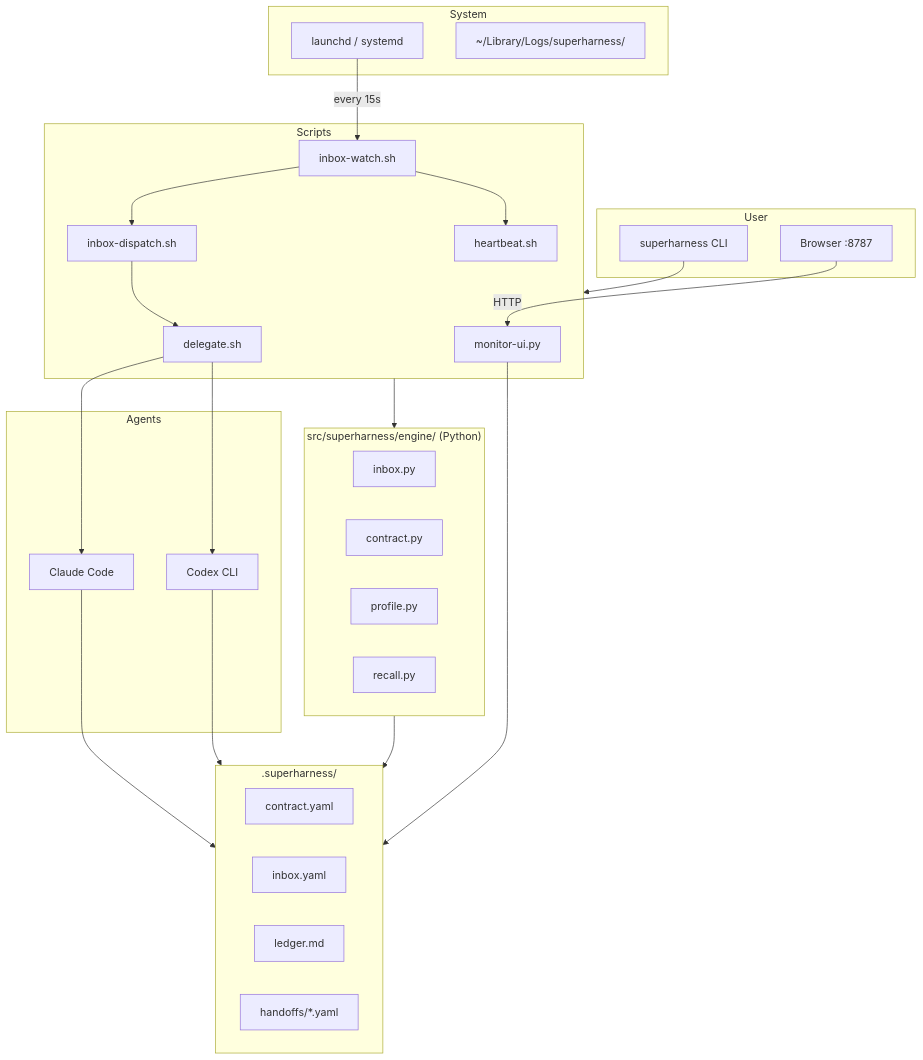
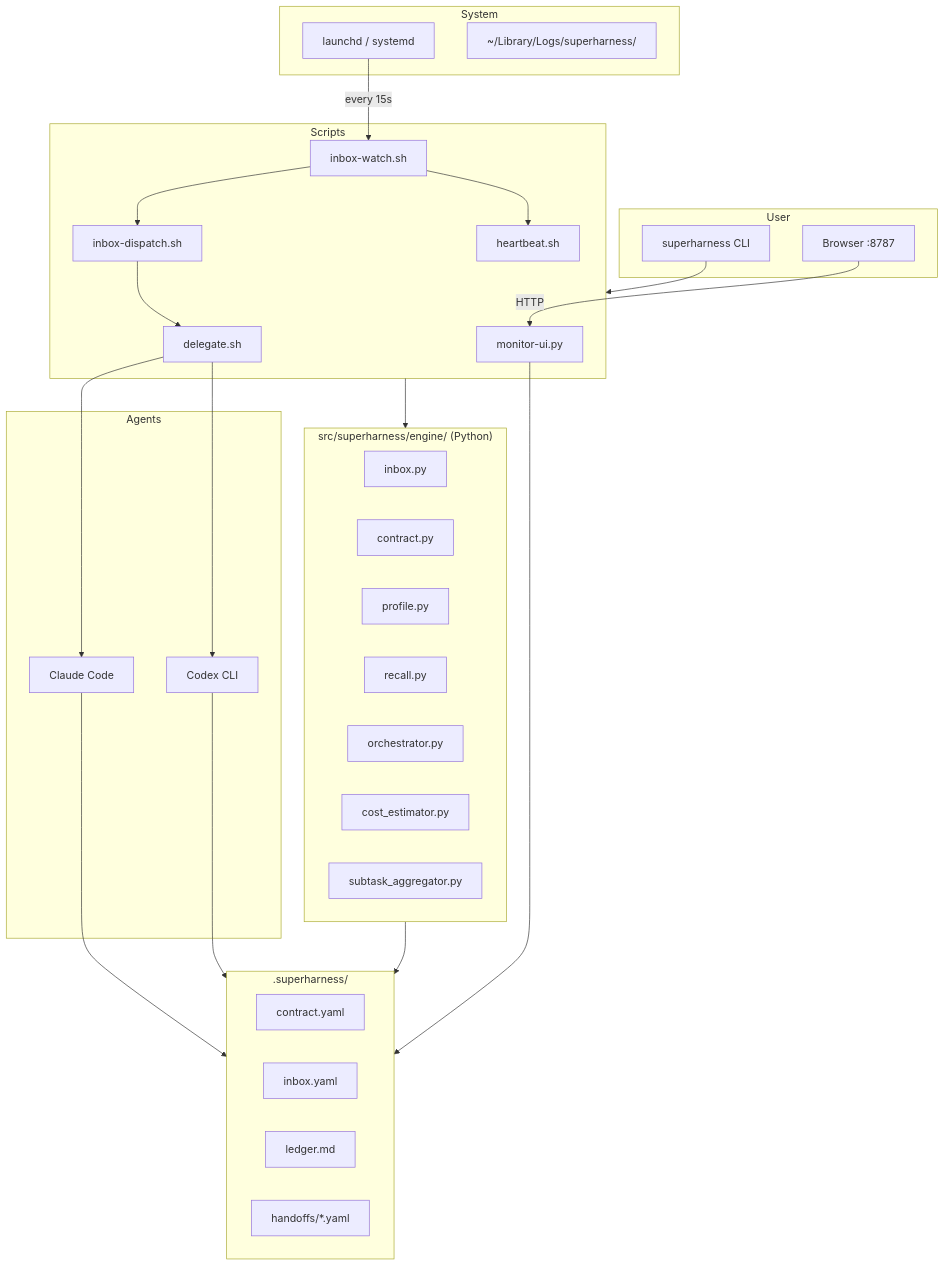
Before and after one commit to artificemachine/superharness: the diagram in docs/ARCHITECTURE.md, drawn with Mermaid. The commit also changed other lines of this file and 28 other files, not shown here.

First line of the commit message:
feat: orchestrator subtask routing + monitor UI improvements + watcher stability (v1.3.0–1.3.4) (#60)

````diff
--- a/docs/ARCHITECTURE.md
+++ b/docs/ARCHITECTURE.md
@@ -81,53 +92,56 @@
 ```mermaid
 graph TB
     subgraph User
         CLI["superharness CLI"]
         Browser["Browser :8787"]
     end
 
     subgraph Scripts
         delegate["delegate.sh"]
         dispatch["inbox-dispatch.sh"]
         watch["inbox-watch.sh"]
         heartbeat["heartbeat.sh"]
         monitor["monitor-ui.py"]
     end
 
     subgraph Engine["src/superharness/engine/ (Python)"]
         inbox_py["inbox.py"]
         contract_py["contract.py"]
         profile_py["profile.py"]
         recall_py["recall.py"]
+        orchestrator_py["orchestrator.py"]
+        cost_estimator_py["cost_estimator.py"]
+        subtask_agg_py["subtask_aggregator.py"]
     end
 
     subgraph State[".superharness/"]
         contract["contract.yaml"]
         inbox["inbox.yaml"]
         ledger["ledger.md"]
         handoffs["handoffs/*.yaml"]
     end
 
     subgraph Agents
         claude["Claude Code"]
         codex["Codex CLI"]
     end
 
     subgraph System
         launchd["launchd / systemd"]
         logs["~/Library/Logs/superharness/"]
     end
 
     CLI --> Scripts
     Browser -->|HTTP| monitor
     launchd -->|every 15s| watch
     watch --> dispatch
     watch --> heartbeat
     dispatch --> delegate
     delegate --> claude
     delegate --> codex
     monitor --> State
     claude --> State
     codex --> State
     Engine --> State
     Scripts --> Engine
 ```
````
